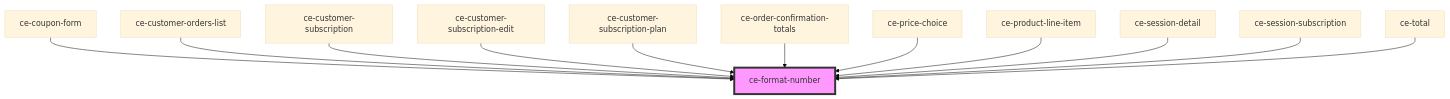
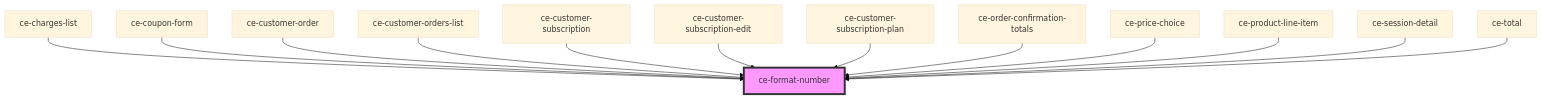
The diagram in packages/components/src/components/util/format-number/readme.md (surecart/surecart-wp-plugin), drawn with Mermaid (base theme) before and after one commit. The commit also changed other lines of this file and 101 other files, not shown here.

````diff
--- a/packages/components/src/components/util/format-number/readme.md
+++ b/packages/components/src/components/util/format-number/readme.md
@@ -43,15 +44,16 @@
 ```mermaid
 graph TD;
+  ce-charges-list --> ce-format-number
   ce-coupon-form --> ce-format-number
+  ce-customer-order --> ce-format-number
   ce-customer-orders-list --> ce-format-number
   ce-customer-subscription --> ce-format-number
   ce-customer-subscription-edit --> ce-format-number
   ce-customer-subscription-plan --> ce-format-number
   ce-order-confirmation-totals --> ce-format-number
   ce-price-choice --> ce-format-number
   ce-product-line-item --> ce-format-number
   ce-session-detail --> ce-format-number
-  ce-session-subscription --> ce-format-number
   ce-total --> ce-format-number
   style ce-format-number fill:#f9f,stroke:#333,stroke-width:4px
 ```
````
